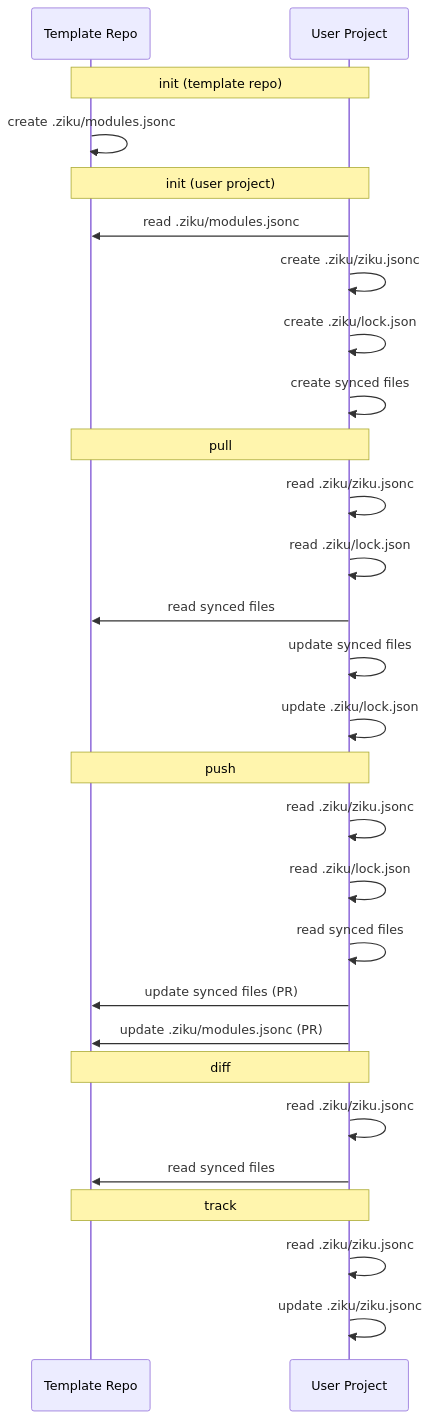
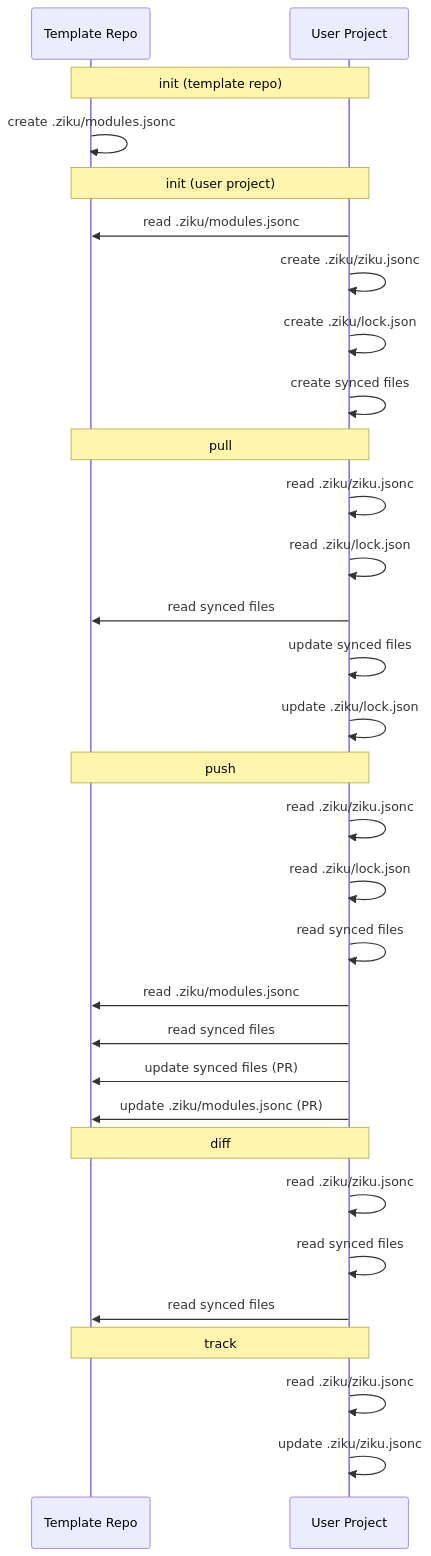
The diagram in docs/architecture/file-lifecycle.md (tktcorporation/ziku), drawn with Mermaid before and after one commit. The commit also changed other lines of this file and 1 other file, not shown here.

````diff
--- a/docs/architecture/file-lifecycle.md
+++ b/docs/architecture/file-lifecycle.md
@@ -19,37 +19,40 @@
 ```mermaid
 sequenceDiagram
     participant T as Template Repo
     participant U as User Project
 
     note over T,U: init (template repo)
     T->>T: create .ziku/modules.jsonc
 
     note over T,U: init (user project)
     U->>T: read .ziku/modules.jsonc
     U->>U: create .ziku/ziku.jsonc
     U->>U: create .ziku/lock.json
     U->>U: create synced files
 
     note over T,U: pull
     U->>U: read .ziku/ziku.jsonc
     U->>U: read .ziku/lock.json
     U->>T: read synced files
     U->>U: update synced files
     U->>U: update .ziku/lock.json
 
     note over T,U: push
     U->>U: read .ziku/ziku.jsonc
     U->>U: read .ziku/lock.json
     U->>U: read synced files
+    U->>T: read .ziku/modules.jsonc
+    U->>T: read synced files
     U->>T: update synced files (PR)
     U->>T: update .ziku/modules.jsonc (PR)
 
     note over T,U: diff
     U->>U: read .ziku/ziku.jsonc
+    U->>U: read synced files
     U->>T: read synced files
 
     note over T,U: track
     U->>U: read .ziku/ziku.jsonc
     U->>U: update .ziku/ziku.jsonc
 
 ```
````
